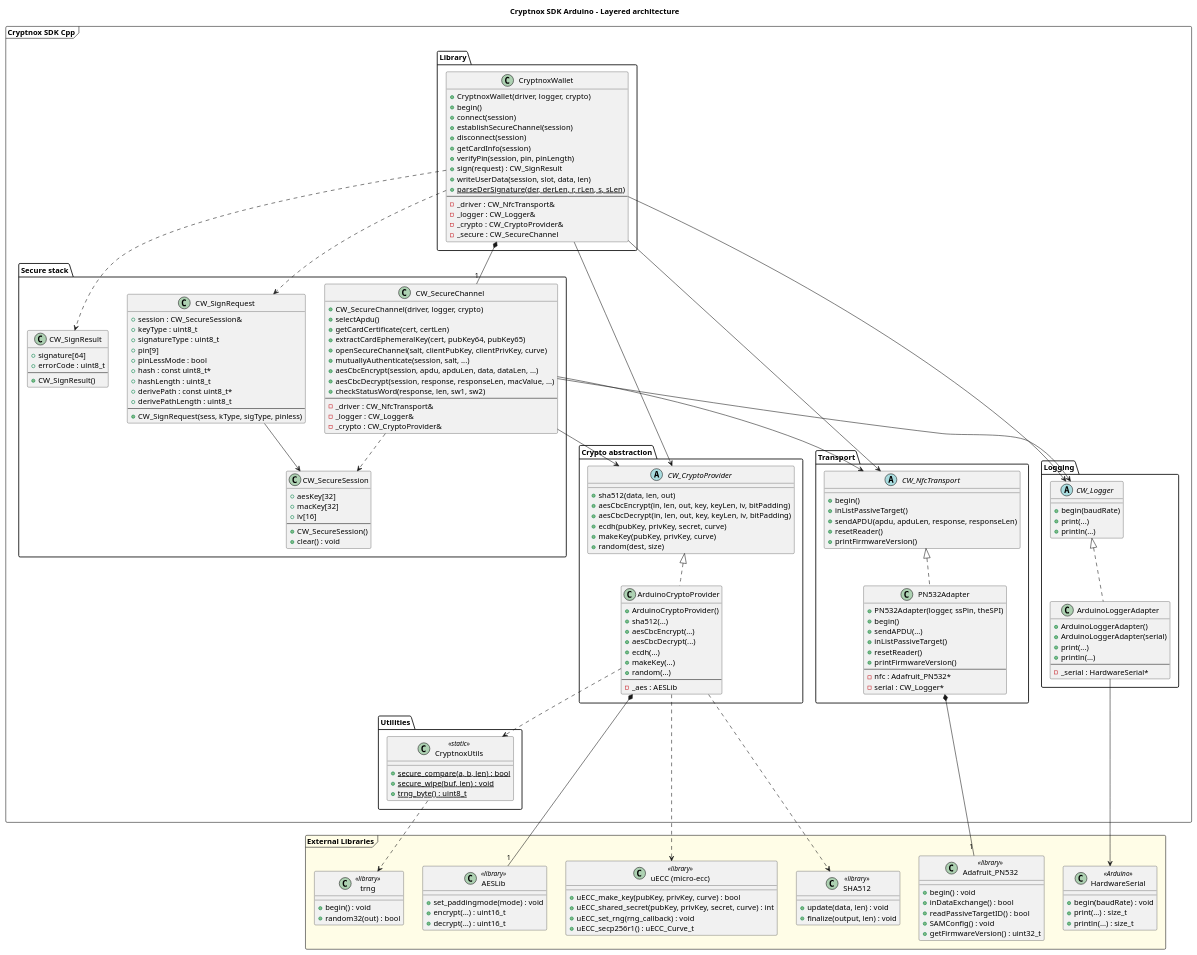
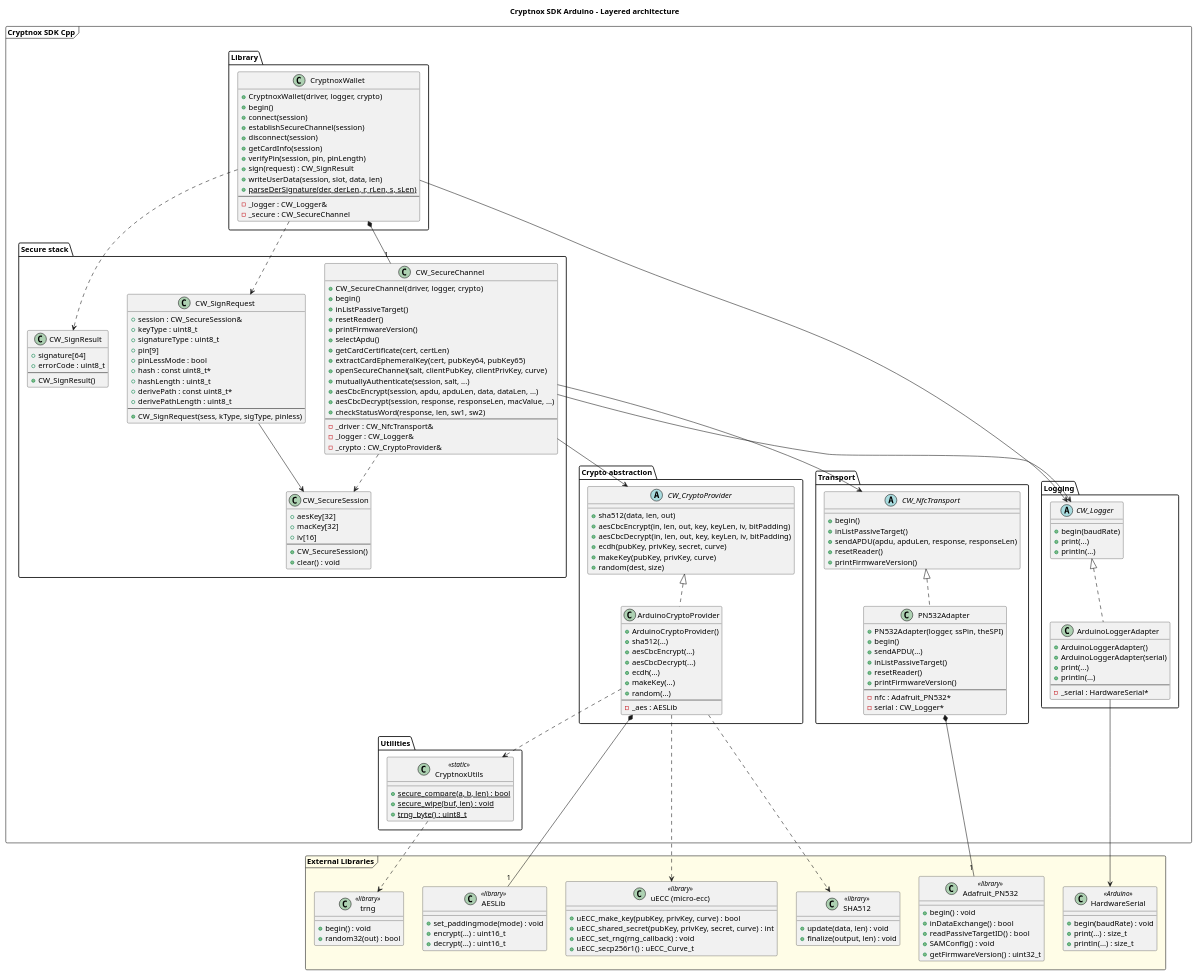
Before and after one commit to embarquech/sdk-arduino: the diagram in docs/architecture/overview.puml, drawn with PlantUML. The commit also changed 4 other files, not shown here.

Commit message:
Enforce layered architecture: CryptnoxWallet interfaces only with Secure Stack and Logging

```diff
--- a/docs/architecture/overview.puml
+++ b/docs/architecture/overview.puml
@@ -16,9 +16,7 @@
         + writeUserData(session, slot, data, len)
         + {static} parseDerSignature(der, derLen, r, rLen, s, sLen)
         --
-        - _driver : CW_NfcTransport&
         - _logger : CW_Logger&
-        - _crypto : CW_CryptoProvider&
         - _secure : CW_SecureChannel
     }
 }
@@ -26,6 +24,10 @@
 package "Secure stack" {
     class CW_SecureChannel {
         + CW_SecureChannel(driver, logger, crypto)
+        + begin()
+        + inListPassiveTarget()
+        + resetReader()
+        + printFirmwareVersion()
         + selectApdu()
         + getCardCertificate(cert, certLen)
         + extractCardEphemeralKey(cert, pubKey64, pubKey65)
@@ -187,9 +189,7 @@
 ' Relations
 ' ==============================
 
-CryptnoxWallet --> CW_NfcTransport
 CryptnoxWallet --> CW_Logger
-CryptnoxWallet --> CW_CryptoProvider
 CryptnoxWallet *-- "1" CW_SecureChannel
 CryptnoxWallet ..> CW_SignRequest
 CryptnoxWallet ..> CW_SignResult
```
